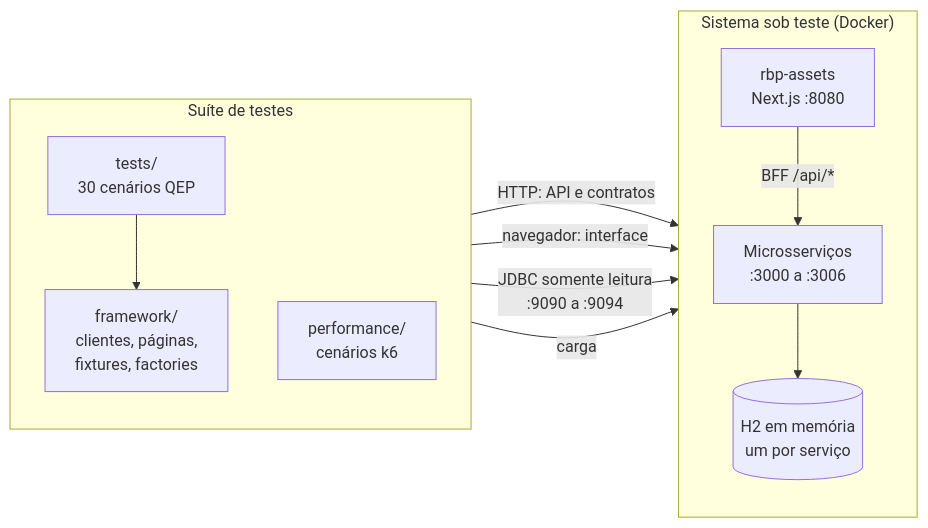
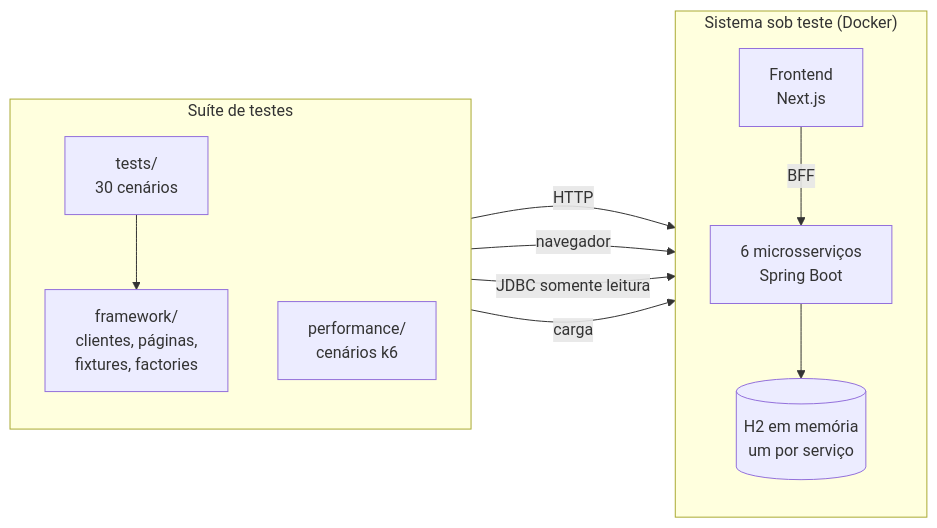
Before and after one commit to MarcosQuintino0/quality-engineering-platform-rbp: the diagram in README.md, drawn with Mermaid. The commit also changed other lines of this file, not shown here.

First line of the commit message:
docs: reestrutura o README para leitura de recrutador

````diff
--- a/README.md
+++ b/README.md
@@ -75,24 +195,24 @@
 ```mermaid
 flowchart LR
     subgraph suite["Suíte de testes"]
         direction TB
-        T["tests/<br/>30 cenários QEP"]
+        T["tests/<br/>30 cenários"]
         F["framework/<br/>clientes, páginas,<br/>fixtures, factories"]
         P["performance/<br/>cenários k6"]
         T --> F
     end
 
     subgraph sut["Sistema sob teste (Docker)"]
         direction TB
-        FE["rbp-assets<br/>Next.js :8080"]
-        API["Microsserviços<br/>:3000 a :3006"]
+        FE["Frontend<br/>Next.js"]
+        API["6 microsserviços<br/>Spring Boot"]
         DB[("H2 em memória<br/>um por serviço")]
-        FE -->|BFF /api/*| API
+        FE -->|BFF| API
         API --> DB
     end
 
-    F -->|"HTTP: API e contratos"| API
-    F -->|"navegador: interface"| FE
-    F -->|"JDBC somente leitura<br/>:9090 a :9094"| DB
+    F -->|"HTTP"| API
+    F -->|"navegador"| FE
+    F -->|"JDBC somente leitura"| DB
     P -->|"carga"| API
 ```
````
